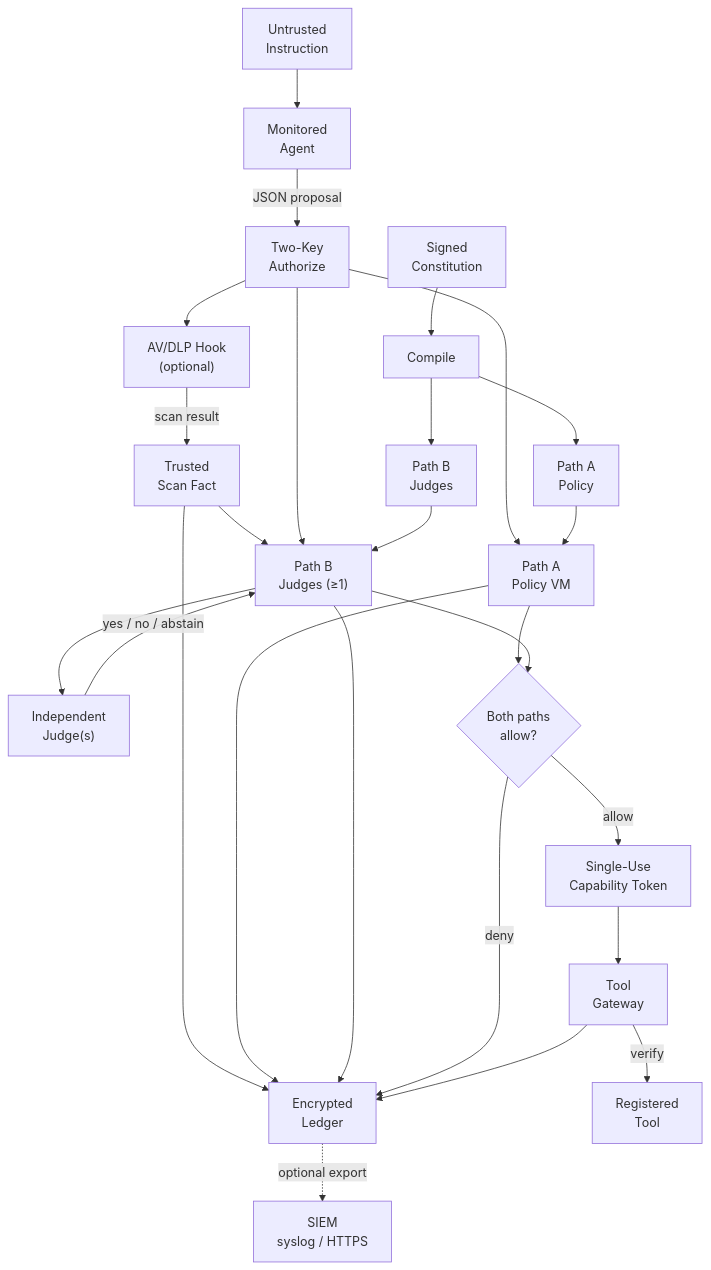
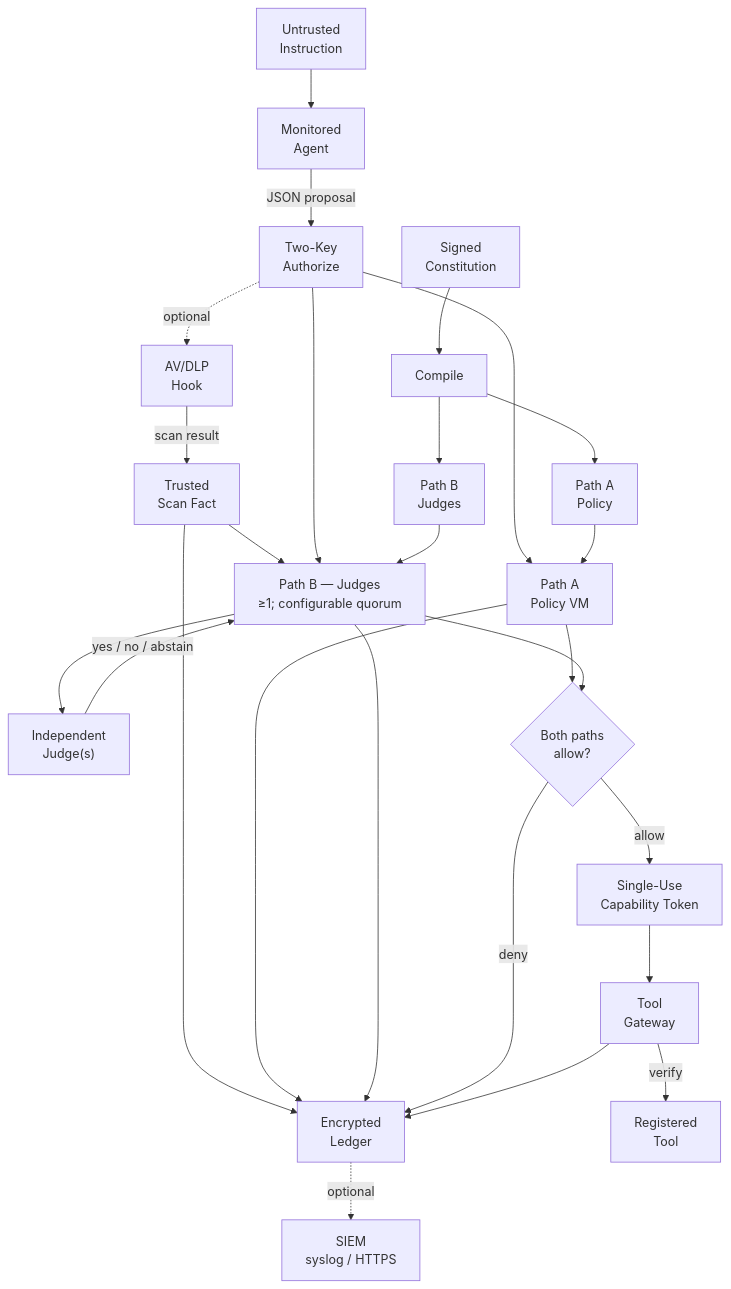
Before and after one commit to Insomniac-VibeLabs/two-key: the second of 4 diagrams in README.md, drawn with Mermaid.

````diff
--- a/README.md
+++ b/README.md
@@ -269,41 +269,41 @@
 ```mermaid
 flowchart TD
   constitution["Signed<br/>Constitution"] --> compile["Compile"]
   compile --> bytecode["Path A<br/>Policy"]
   compile --> judgeText["Path B<br/>Judges"]
 
   instruction["Untrusted<br/>Instruction"] --> agent["Monitored<br/>Agent"]
   agent -->|"JSON proposal"| authorize["Two-Key<br/>Authorize"]
 
   authorize --> pathA["Path A<br/>Policy VM"]
 
-  authorize --> scanner["AV/DLP Hook<br/>(optional)"]
+  authorize -.->|"optional"| scanner["AV/DLP<br/>Hook"]
   scanner -->|"scan result"| scanfact["Trusted<br/>Scan Fact"]
 
-  scanfact --> pathB["Path B<br/>Judges (≥1)"]
+  scanfact --> pathB["Path B — Judges<br/>≥1; configurable quorum"]
   scanfact --> ledger["Encrypted<br/>Ledger"]
 
   authorize --> pathB
   judgeText --> pathB
 
   pathB --> judges["Independent<br/>Judge(s)"]
   judges -->|"yes / no / abstain"| pathB
 
   bytecode --> pathA
 
   pathA --> gate{"Both paths<br/>allow?"}
   pathB --> gate
 
   pathA --> ledger
   pathB --> ledger
 
   gate -->|"deny"| ledger
   gate -->|"allow"| token["Single-Use<br/>Capability Token"]
 
   token --> gateway["Tool<br/>Gateway"]
 
   gateway -->|"verify"| tool["Registered<br/>Tool"]
   gateway --> ledger
 
-  ledger -.->|"optional export"| siem["SIEM<br/>syslog / HTTPS"]
+  ledger -.->|"optional"| siem["SIEM<br/>syslog / HTTPS"]
 ```
````
